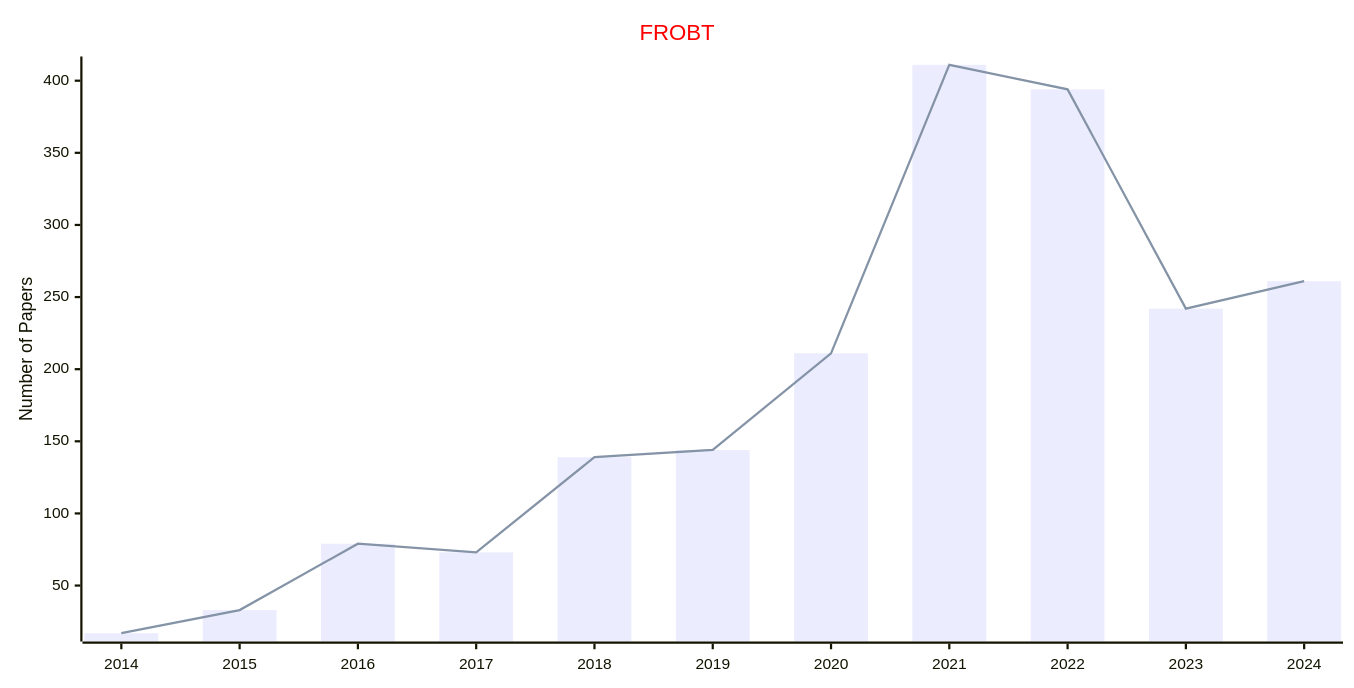
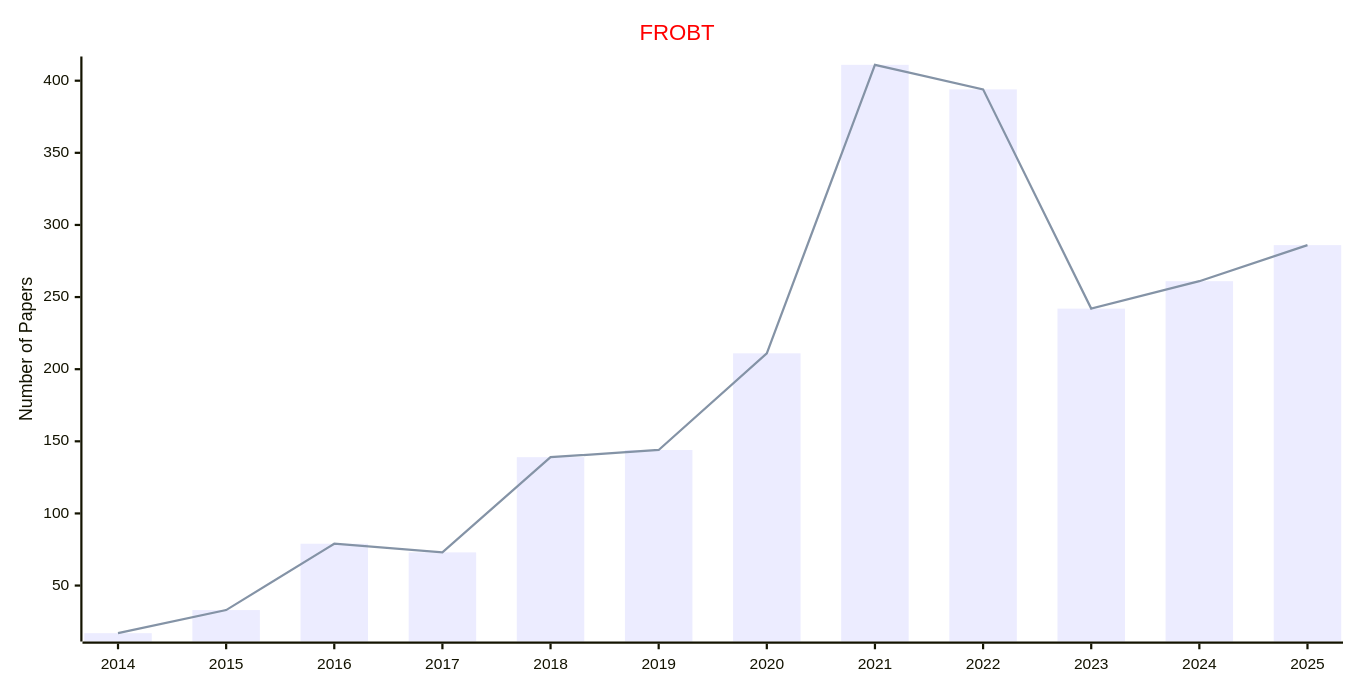
The second of 4 diagrams in docs/data/Journals/Statistics_Journals/Ambient_Intelligence.md (Easy-PhD/AILinks), drawn with Mermaid before and after one commit. The commit also changed other lines of this file and 93 other files, not shown here.

````diff
--- a/docs/data/Journals/Statistics_Journals/Ambient_Intelligence.md
+++ b/docs/data/Journals/Statistics_Journals/Ambient_Intelligence.md
@@ -33,17 +33,17 @@
 ```mermaid
 ---
 config:
     xyChart:
         width: 1200
         height: 600
     themeVariables:
         xyChart:
             titleColor: "#ff0000"
 ---
 xychart-beta
     title "FROBT"
-    x-axis [2014, 2015, 2016, 2017, 2018, 2019, 2020, 2021, 2022, 2023, 2024]
+    x-axis [2014, 2015, 2016, 2017, 2018, 2019, 2020, 2021, 2022, 2023, 2024, 2025]
     y-axis "Number of Papers"
-    bar [17, 33, 79, 73, 139, 144, 211, 411, 394, 242, 261]
-    line [17, 33, 79, 73, 139, 144, 211, 411, 394, 242, 261]
+    bar [17, 33, 79, 73, 139, 144, 211, 411, 394, 242, 261, 286]
+    line [17, 33, 79, 73, 139, 144, 211, 411, 394, 242, 261, 286]
 ```
````
